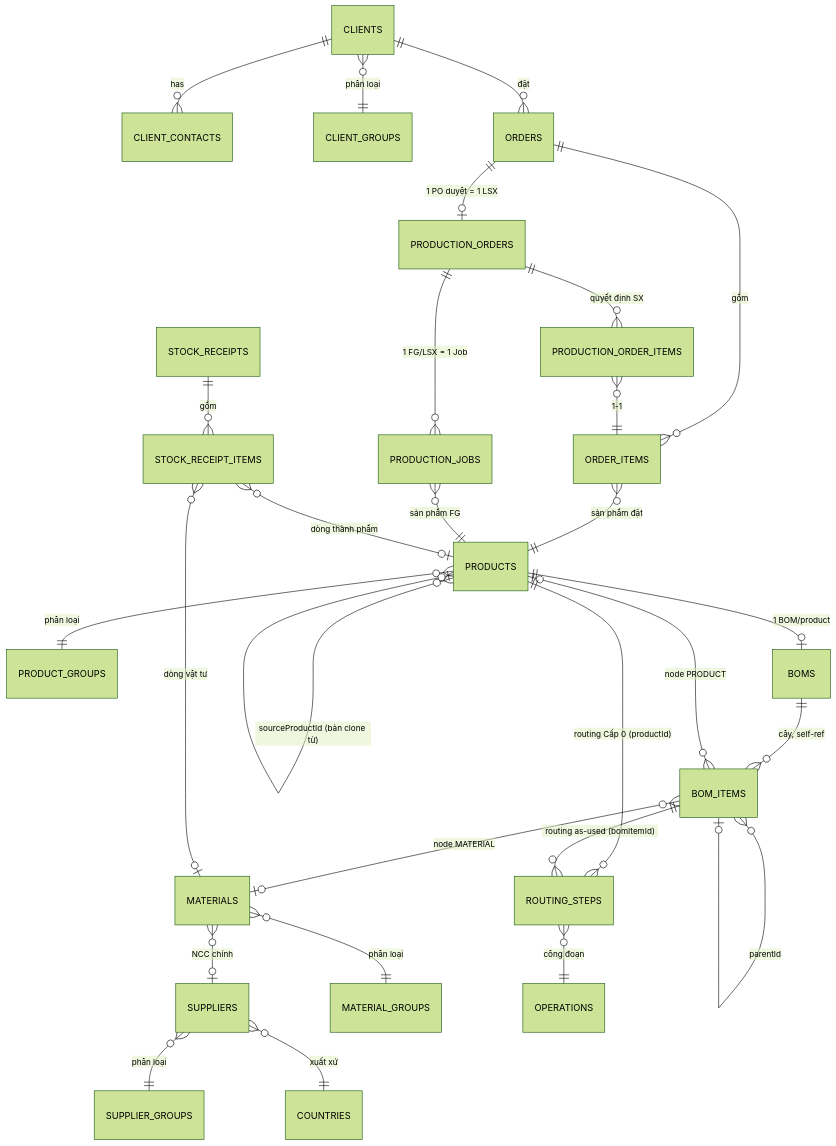
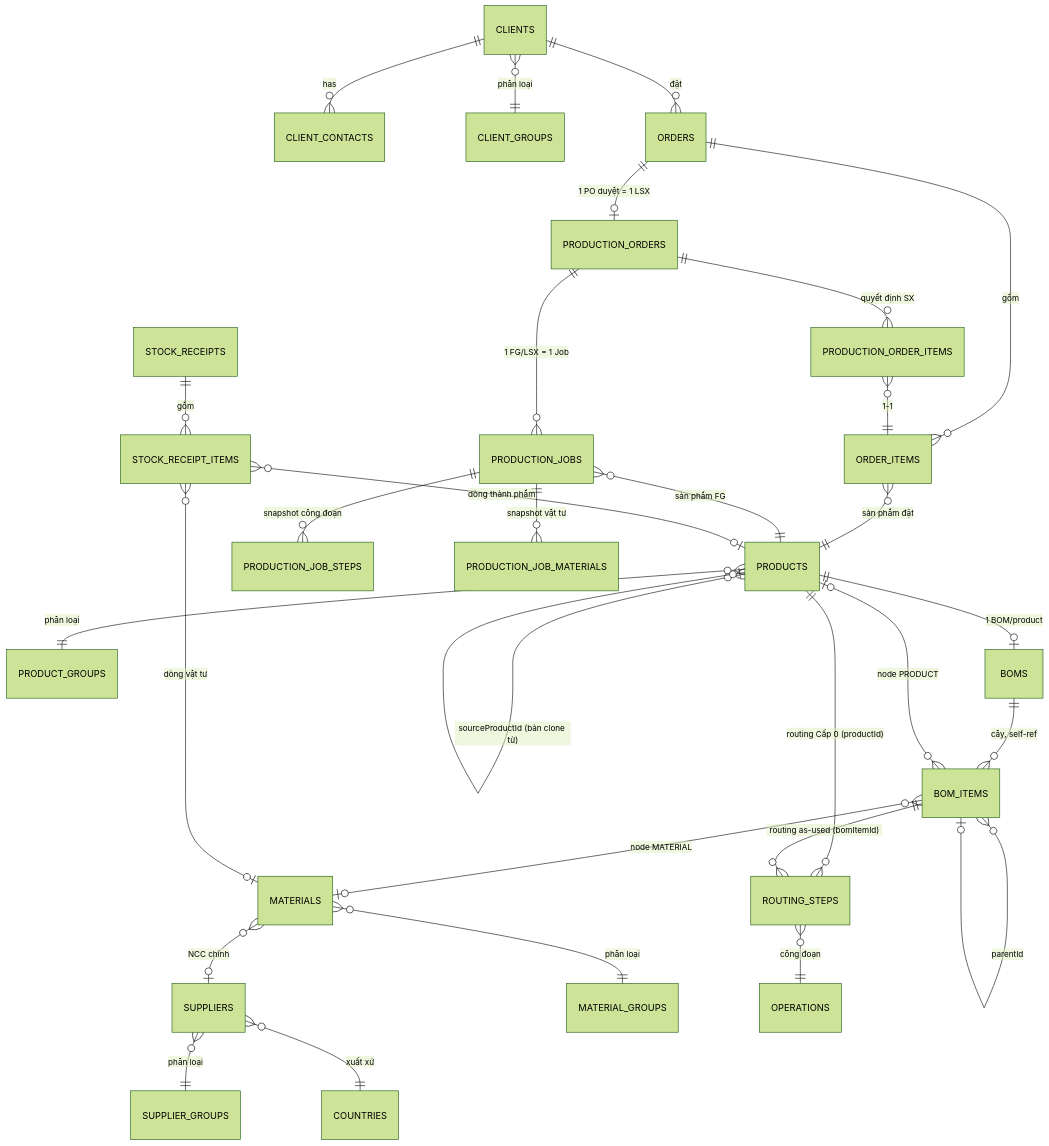
Before and after one commit to VoDinhViet/be-quanlysanxuat: the diagram in docs/architecture.md, drawn with Mermaid (forest theme). The commit also changed other lines of this file and 166 other files, not shown here.

````diff
--- a/docs/architecture.md
+++ b/docs/architecture.md
@@ -9,33 +9,35 @@
 ```mermaid
 erDiagram
     CLIENTS ||--o{ CLIENT_CONTACTS : has
     CLIENTS }o--|| CLIENT_GROUPS : "phân loại"
     SUPPLIERS }o--|| SUPPLIER_GROUPS : "phân loại"
     SUPPLIERS }o--|| COUNTRIES : "xuất xứ"
     MATERIALS }o--|| MATERIAL_GROUPS : "phân loại"
     MATERIALS }o--o| SUPPLIERS : "NCC chính"
     PRODUCTS }o--|| PRODUCT_GROUPS : "phân loại"
     PRODUCTS }o--o| PRODUCTS : "sourceProductId (bản clone từ)"
 
     PRODUCTS ||--o| BOMS : "1 BOM/product"
     BOMS ||--o{ BOM_ITEMS : "cây, self-ref"
     BOM_ITEMS }o--o| BOM_ITEMS : "parentId"
     BOM_ITEMS }o--o| PRODUCTS : "node PRODUCT"
     BOM_ITEMS }o--o| MATERIALS : "node MATERIAL"
     PRODUCTS ||--o{ ROUTING_STEPS : "routing Cấp 0 (productId)"
     BOM_ITEMS ||--o{ ROUTING_STEPS : "routing as-used (bomItemId)"
     ROUTING_STEPS }o--|| OPERATIONS : "công đoạn"
 
     CLIENTS ||--o{ ORDERS : đặt
     ORDERS ||--o{ ORDER_ITEMS : gồm
     ORDER_ITEMS }o--|| PRODUCTS : "sản phẩm đặt"
     ORDERS ||--o| PRODUCTION_ORDERS : "1 PO duyệt = 1 LSX"
     PRODUCTION_ORDERS ||--o{ PRODUCTION_ORDER_ITEMS : "quyết định SX"
     PRODUCTION_ORDER_ITEMS }o--|| ORDER_ITEMS : "1-1"
     PRODUCTION_ORDERS ||--o{ PRODUCTION_JOBS : "1 FG/LSX = 1 Job"
     PRODUCTION_JOBS }o--|| PRODUCTS : "sản phẩm FG"
+    PRODUCTION_JOBS ||--o{ PRODUCTION_JOB_STEPS : "snapshot công đoạn"
+    PRODUCTION_JOBS ||--o{ PRODUCTION_JOB_MATERIALS : "snapshot vật tư"
 
     STOCK_RECEIPTS ||--o{ STOCK_RECEIPT_ITEMS : gồm
     STOCK_RECEIPT_ITEMS }o--o| PRODUCTS : "dòng thành phẩm"
     STOCK_RECEIPT_ITEMS }o--o| MATERIALS : "dòng vật tư"
 ```
````
